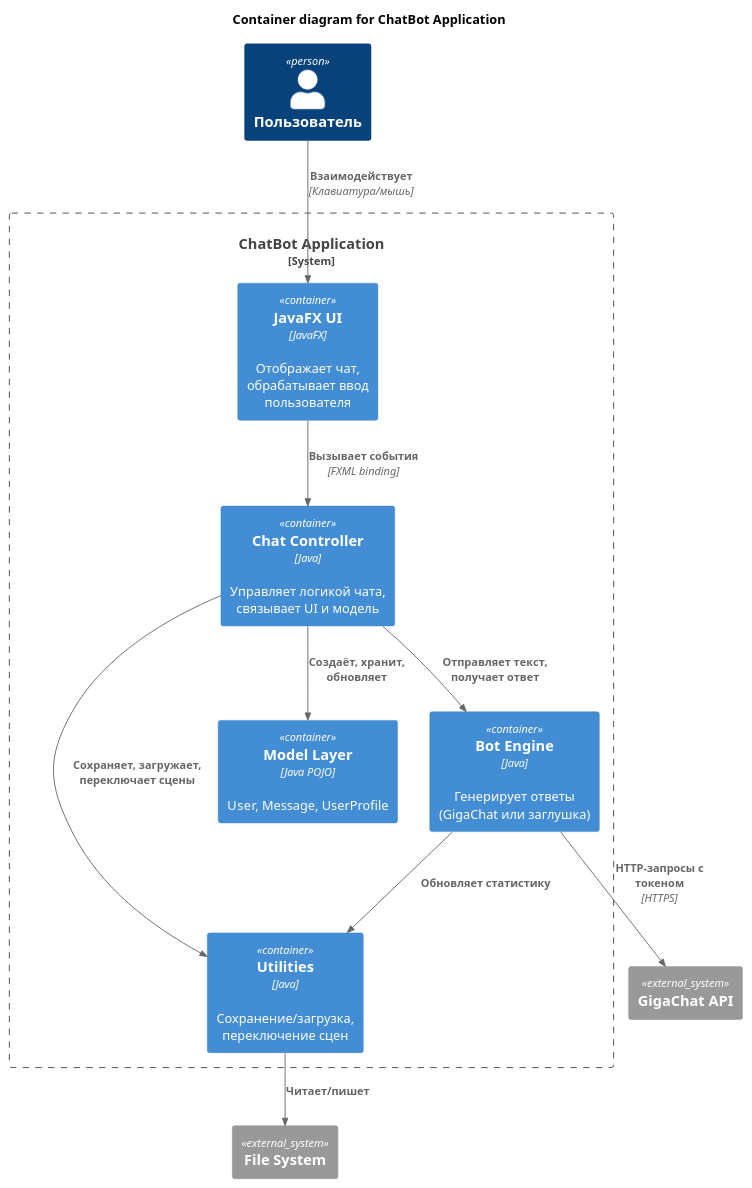
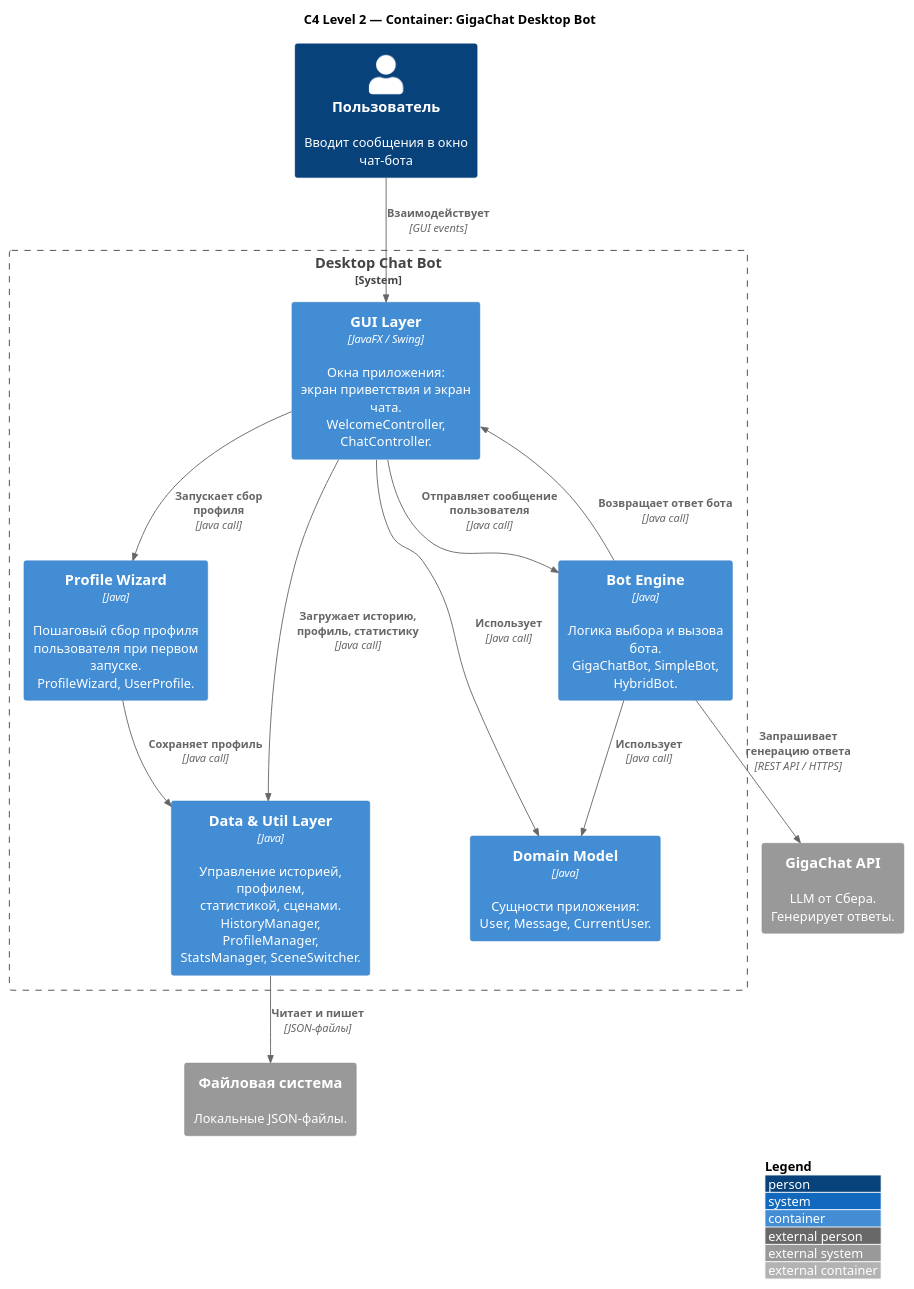
The diagram in new_tasks/2 task/C4/2.puml (Ondosh/CPP-tasks), drawn with PlantUML before and after one commit. The commit also changed 3 other files, not shown here.

```diff
--- a/new_tasks/2 task/C4/2.puml
+++ b/new_tasks/2 task/C4/2.puml
@@ -1,29 +1,45 @@
-@startuml
-!include <C4/C4_Container>
-!include <C4/C4_Context>
+@startuml C4_Container
 
-title Container diagram for ChatBot Application
+!include https://raw.githubusercontent.com/plantuml-stdlib/C4-PlantUML/master/C4_Container.puml
 
-Person(user, "Пользователь")
+LAYOUT_WITH_LEGEND()
 
-System_Boundary(chatbot, "ChatBot Application") {
-    Container(ui, "JavaFX UI", "JavaFX", "Отображает чат, обрабатывает ввод пользователя")
-    Container(controller, "Chat Controller", "Java", "Управляет логикой чата, связывает UI и модель")
-    Container(bot, "Bot Engine", "Java", "Генерирует ответы (GigaChat или заглушка)")
-    Container(model, "Model Layer", "Java POJO", "User, Message, UserProfile")
-    Container(util, "Utilities", "Java", "Сохранение/загрузка, переключение сцен")
+title C4 Level 2 — Container: GigaChat Desktop Bot
+
+Person(user, "Пользователь", "Вводит сообщения в окно чат-бота")
+
+System_Ext(gigachat, "GigaChat API", "LLM от Сбера.\nГенерирует ответы.")
+
+System_Ext(fs, "Файловая система", "Локальные JSON-файлы.")
+
+System_Boundary(app, "Desktop Chat Bot") {
+
+    Container(gui, "GUI Layer", "JavaFX / Swing", "Окна приложения:\nэкран приветствия и экран чата.\nWelcomeController, ChatController.")
+
+    Container(bot_engine, "Bot Engine", "Java", "Логика выбора и вызова бота.\nGigaChatBot, SimpleBot, HybridBot.")
+
+    Container(profile_wizard, "Profile Wizard", "Java", "Пошаговый сбор профиля\nпользователя при первом запуске.\nProfileWizard, UserProfile.")
+
+    Container(data_layer, "Data & Util Layer", "Java", "Управление историей, профилем,\nстатистикой, сценами.\nHistoryManager, ProfileManager,\nStatsManager, SceneSwitcher.")
+
+    Container(model, "Domain Model", "Java", "Сущности приложения:\nUser, Message, CurrentUser.")
+
 }
 
-System_Ext(gigachat, "GigaChat API")
-System_Ext(fileSystem, "File System")
+Rel(user, gui, "Взаимодействует", "GUI events")
 
-Rel(user, ui, "Взаимодействует", "Клавиатура/мышь")
-Rel(ui, controller, "Вызывает события", "FXML binding")
-Rel(controller, bot, "Отправляет текст, получает ответ")
-Rel(controller, model, "Создаёт, хранит, обновляет")
-Rel(controller, util, "Сохраняет, загружает, переключает сцены")
-Rel(bot, gigachat, "HTTP-запросы с токеном", "HTTPS")
-Rel(util, fileSystem, "Читает/пишет")
-Rel(bot, util, "Обновляет статистику")
+Rel(gui, bot_engine, "Отправляет сообщение пользователя", "Java call")
+Rel(bot_engine, gui, "Возвращает ответ бота", "Java call")
+
+Rel(gui, profile_wizard, "Запускает сбор профиля", "Java call")
+Rel(profile_wizard, data_layer, "Сохраняет профиль", "Java call")
+
+Rel(bot_engine, gigachat, "Запрашивает генерацию ответа", "REST API / HTTPS")
+
+Rel(data_layer, fs, "Читает и пишет", "JSON-файлы")
+
+Rel(gui, data_layer, "Загружает историю, профиль, статистику", "Java call")
+Rel(bot_engine, model, "Использует", "Java call")
+Rel(gui, model, "Использует", "Java call")
 
 @enduml
```
